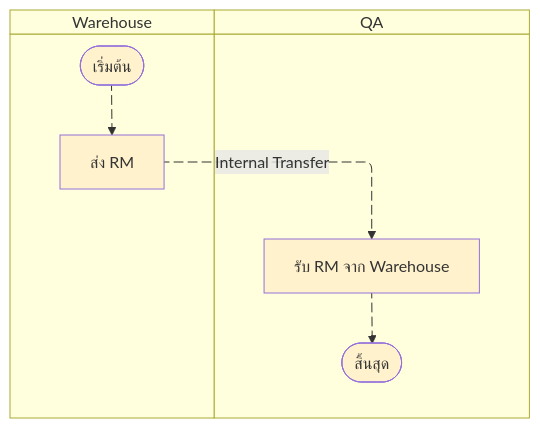
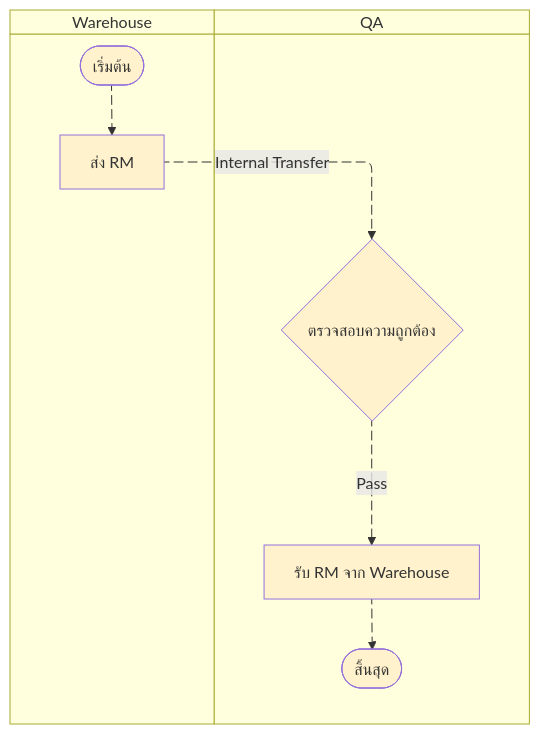
The diagram in as-is_process/Warehouse/2_Sent_RM_To_QA.md (sonramsiriratpde/pem-process), drawn with Mermaid before and after one commit.

````diff
--- a/as-is_process/Warehouse/2_Sent_RM_To_QA.md
+++ b/as-is_process/Warehouse/2_Sent_RM_To_QA.md
@@ -9,29 +9,33 @@
 ```mermaid
 %% กระบวนการรับ RM ตามที่ Supplier จัดส่ง
 swimlane-beta TB
 
   subgraph Warehouse
     start([เริ่มต้น])
     sent[ส่ง RM]
   end
 
   subgraph QA
+    verification{ตรวจสอบความถูกต้อง}
     received_warehouse[รับ RM จาก Warehouse]
     done([สิ้นสุด])
   end
 
   %% Success Flows
   start e1@--> sent
-  sent e2@-->|Internal Transfer| received_warehouse
-  received_warehouse e3@--> done
+  sent e2@-->|Internal Transfer| verification
+  verification e3@-->|Pass| received_warehouse
+  received_warehouse e4@--> done
 
   classDef attention fill:#fff2cc;
   class start attention;
   class sent attention;
+  class verification attention;
   class received_warehouse attention;
   class done attention;
 
-  e1@{ animate: true, stroke}
-  e2@{ animate: true, stroke}
-  e3@{ animate: true, stroke}
+  e1@{ animate: true}
+  e2@{ animate: true}
+  e3@{ animate: true}
+  e4@{ animate: true}
 ```
````
